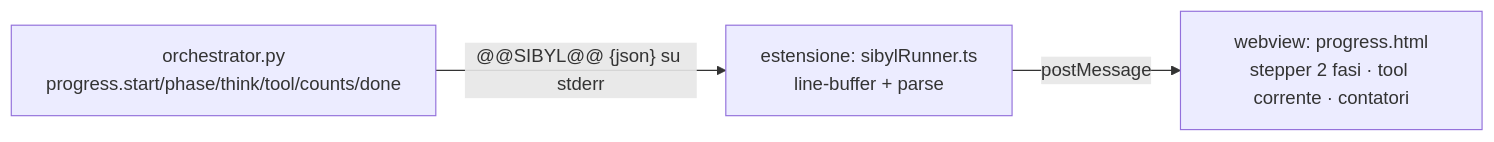
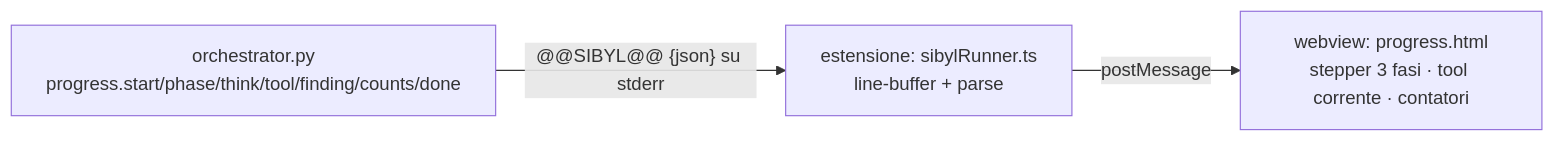
Before and after one commit to iris-cmd22/Sibyl: diagram 11 of 11 in documentazione/agent.md, drawn with Mermaid. The commit also changed other lines of this file and 49 other files, not shown here.

````diff
--- a/documentazione/agent.md
+++ b/documentazione/agent.md
@@ -692,5 +733,5 @@
 ```mermaid
 flowchart LR
-    ORCH["orchestrator.py<br/>progress.start/phase/think/tool/counts/done"] -->|"@@SIBYL@@ {json} su stderr"| RUN["estensione: sibylRunner.ts<br/>line-buffer + parse"]
-    RUN -->|"postMessage"| WV["webview: progress.html<br/>stepper 2 fasi · tool corrente · contatori"]
+    ORCH["orchestrator.py<br/>progress.start/phase/think/tool/finding/counts/done"] -->|"@@SIBYL@@ {json} su stderr"| RUN["estensione: sibylRunner.ts<br/>line-buffer + parse"]
+    RUN -->|"postMessage"| WV["webview: progress.html<br/>stepper 3 fasi · tool corrente · contatori"]
 ```
````
